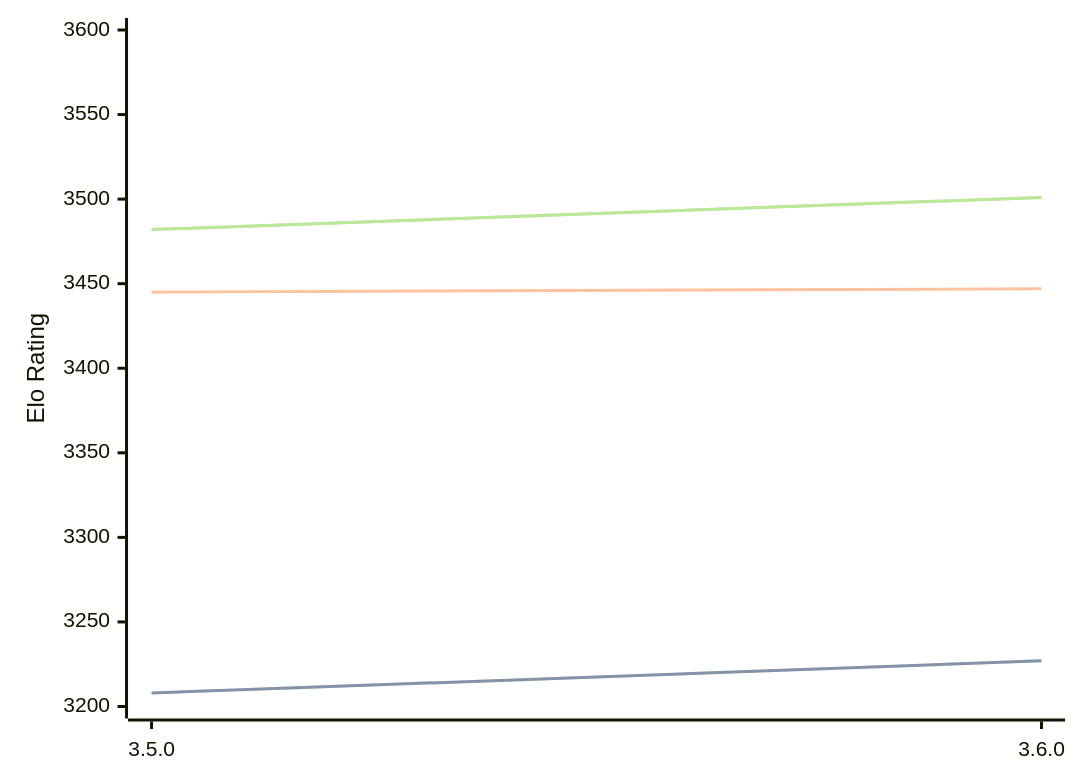
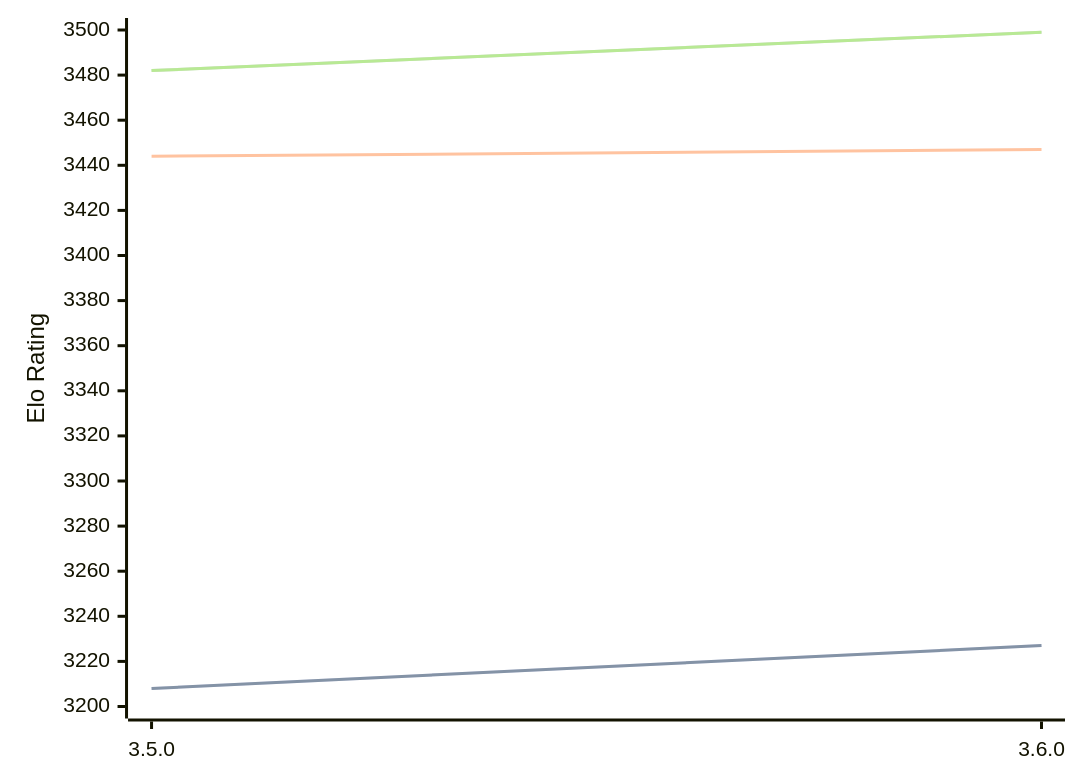
One commit to computer-chess-index/cci changed the diagram in engines/Igel.md. Above: the diagram before and after it, drawn with Mermaid. The commit also changed other lines of this file, not shown here.

Commit message:
Update CCI Ratings (ELO VLTC) - 2026-03-06

````diff
--- a/engines/Igel.md
+++ b/engines/Igel.md
@@ -66,11 +66,11 @@
 ```mermaid
 %%{init: {"theme":"base","themeVariables":{"seriesColors:['#a3a3a3','#222221','#faa371']}}}%%
 xychart-beta
   x-axis ["3.5.0", "3.6.0"]
-  y-axis "Elo Rating" 3200 --> 3600
+  y-axis "Elo Rating" 3200 --> 3500
   line "STC (8.0+0.08s)" [3208, 3227]
   line "STC (8.0+0.08s)" [3208, 3227]
-  line "LTC (60.0+0.60s)" [3445, 3447]
-  line "VLTC (2m24s+1.12s)" [3482, 3501]
-  line "VLTC (2m24s+1.12s)" [3482, 3501]
+  line "LTC (60.0+0.60s)" [3444, 3447]
+  line "VLTC (2m24s+1.12s)" [3482, 3499]
+  line "VLTC (2m24s+1.12s)" [3482, 3499]
 ```
````
